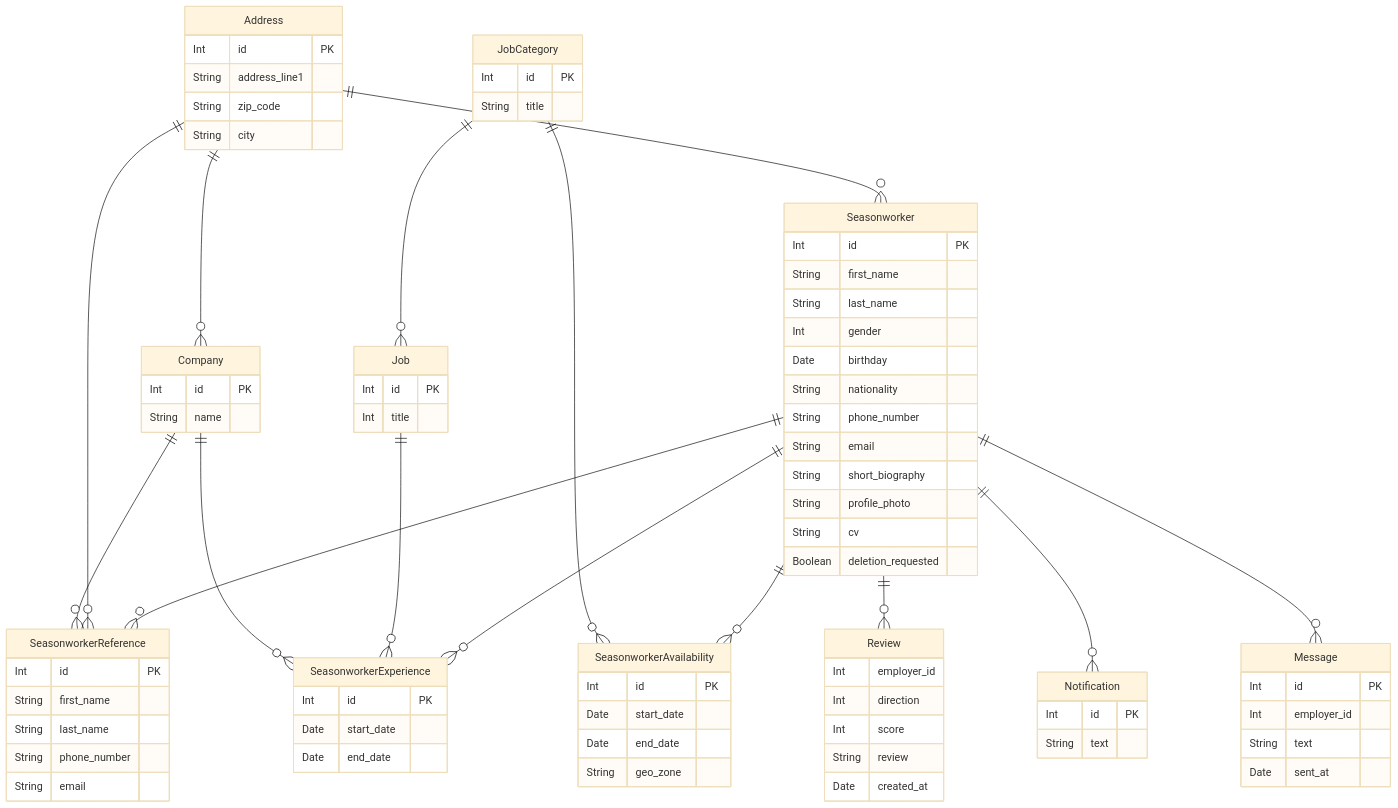
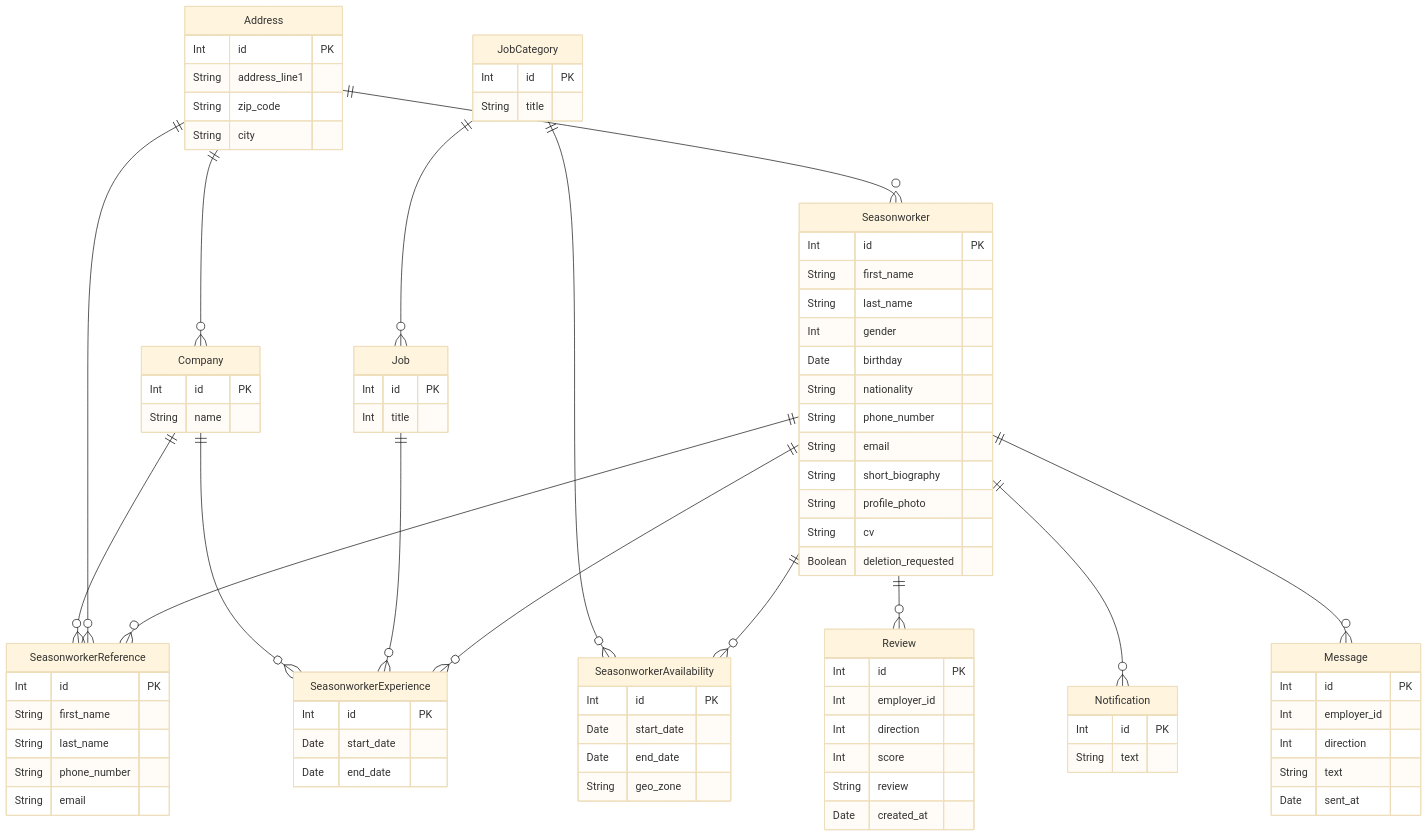
One commit to thomas-mauran/LinkedOut changed the diagram in docs/analysis_doc.md. Above: the diagram before and after it, drawn with Mermaid (base theme). The commit also changed other lines of this file, not shown here.

````diff
--- a/docs/analysis_doc.md
+++ b/docs/analysis_doc.md
@@ -160,6 +153,7 @@
 }
 
 Review {
+    Int id PK
     Int employer_id
     Int direction
     Int score
@@ -170,6 +164,7 @@
 Message {
     Int id PK
     Int employer_id
+    Int direction
     String text
     Date sent_at
 }
@@ -188,5 +183,4 @@
 Seasonworker ||--o{ Review : ""
 Seasonworker ||--o{ Notification : ""
 Seasonworker ||--o{ Message : ""
-
 ```
````
